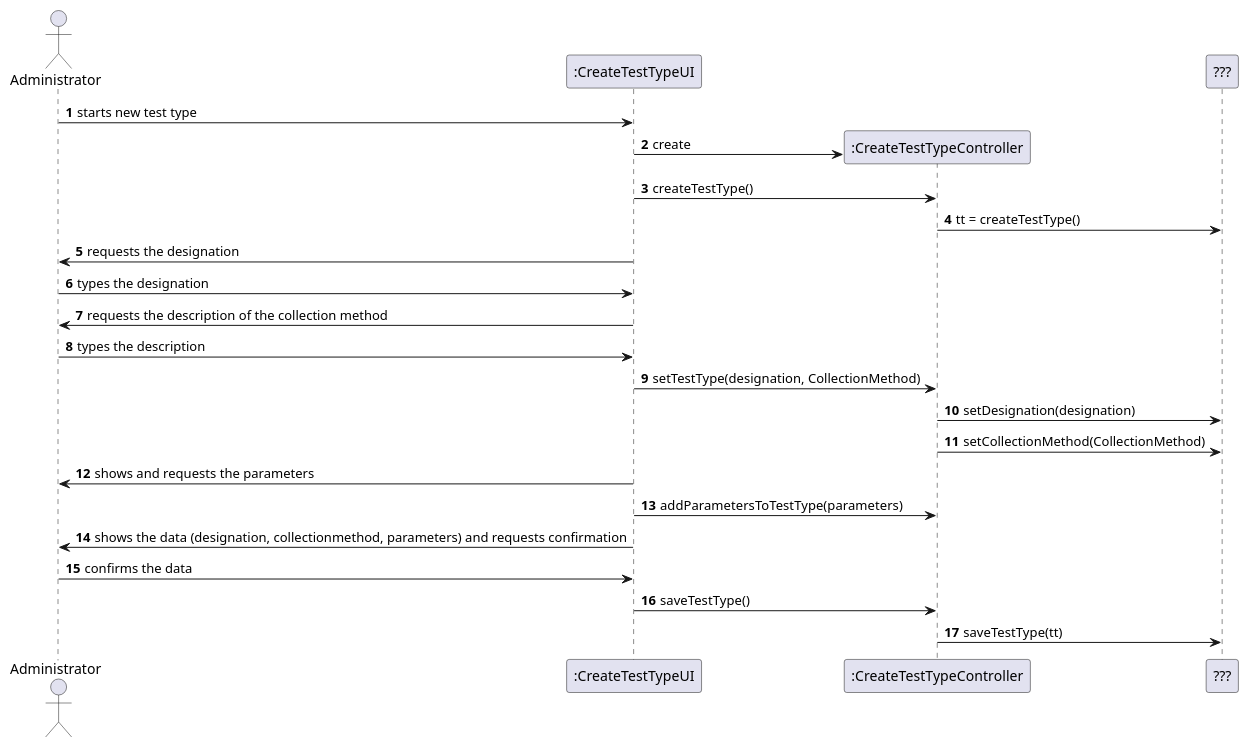
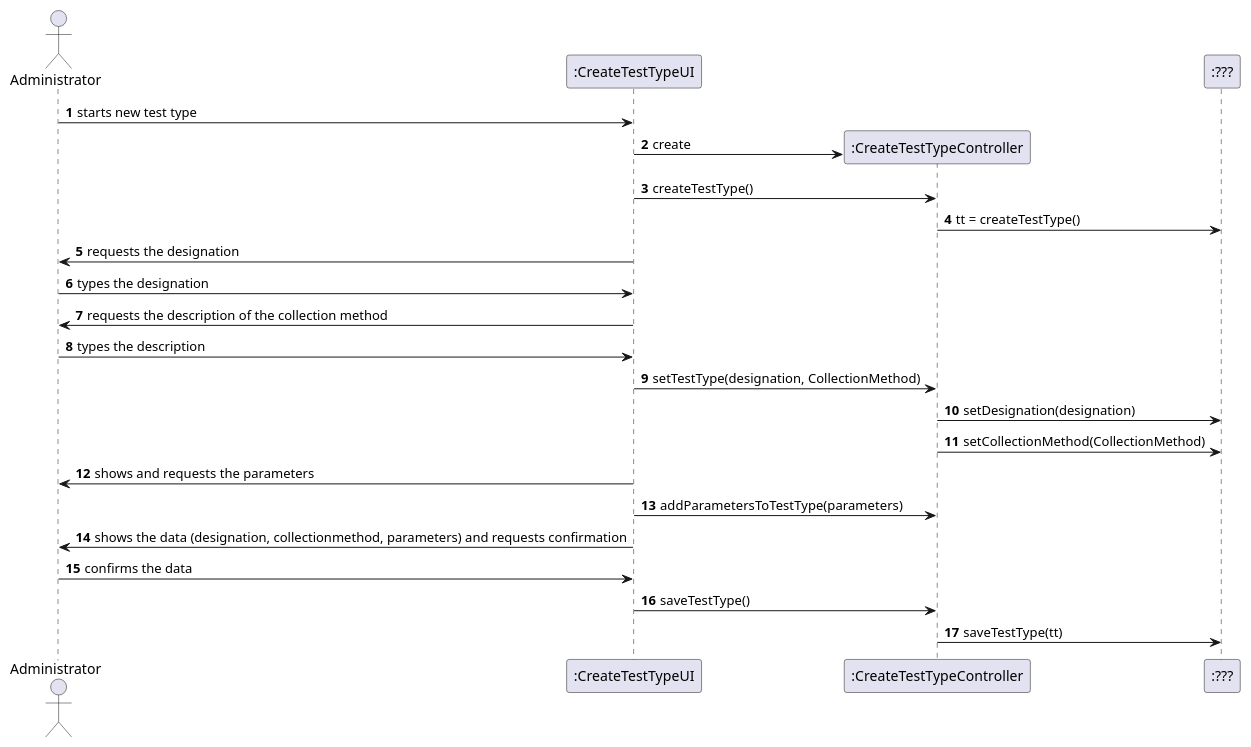
Before and after one commit to MadDinosaur/ISEP-LAPR2: the diagram in docs/SprintB/US9/US9_SD.puml, drawn with PlantUML. The commit also changed 3 other files, not shown here.

```diff
--- a/docs/SprintB/US9/US9_SD.puml
+++ b/docs/SprintB/US9/US9_SD.puml
@@ -1,36 +1,36 @@
 @startuml
 
 
 autonumber
 
 actor Administrator
 
 Administrator -> ":CreateTestTypeUI": starts new test type
 create ":CreateTestTypeController"
 ":CreateTestTypeUI" -> ":CreateTestTypeController": create
 ":CreateTestTypeUI" -> ":CreateTestTypeController": createTestType()
-":CreateTestTypeController" -> "???": tt = createTestType()
+":CreateTestTypeController" -> ":???": tt = createTestType()
 
 ":CreateTestTypeUI" -> Administrator: requests the designation
 Administrator -> ":CreateTestTypeUI": types the designation
 ":CreateTestTypeUI" -> Administrator: requests the description of the collection method
 Administrator -> ":CreateTestTypeUI": types the description
 
 ":CreateTestTypeUI" -> ":CreateTestTypeController": setTestType(designation, CollectionMethod)
-":CreateTestTypeController" -> "???": setDesignation(designation)
-":CreateTestTypeController" -> "???": setCollectionMethod(CollectionMethod)
+":CreateTestTypeController" -> ":???": setDesignation(designation)
+":CreateTestTypeController" -> ":???": setCollectionMethod(CollectionMethod)
 
 ":CreateTestTypeUI" -> Administrator: shows and requests the parameters
 
 ":CreateTestTypeUI" -> ":CreateTestTypeController": addParametersToTestType(parameters)
 
 ":CreateTestTypeUI" -> Administrator: shows the data (designation, collectionmethod, parameters) and requests confirmation
 Administrator -> ":CreateTestTypeUI": confirms the data
 ":CreateTestTypeUI" -> ":CreateTestTypeController": saveTestType()
-":CreateTestTypeController" -> "???": saveTestType(tt)
+":CreateTestTypeController" -> ":???": saveTestType(tt)
 
 
 
 
 
 @enduml
```
